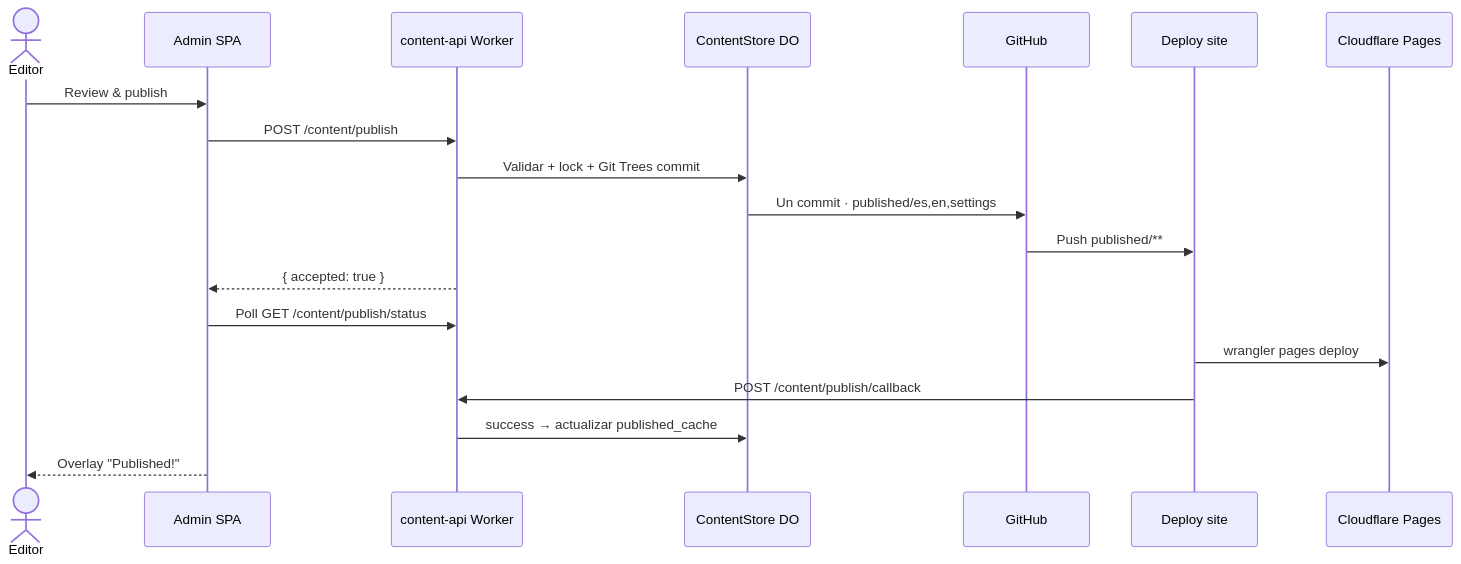
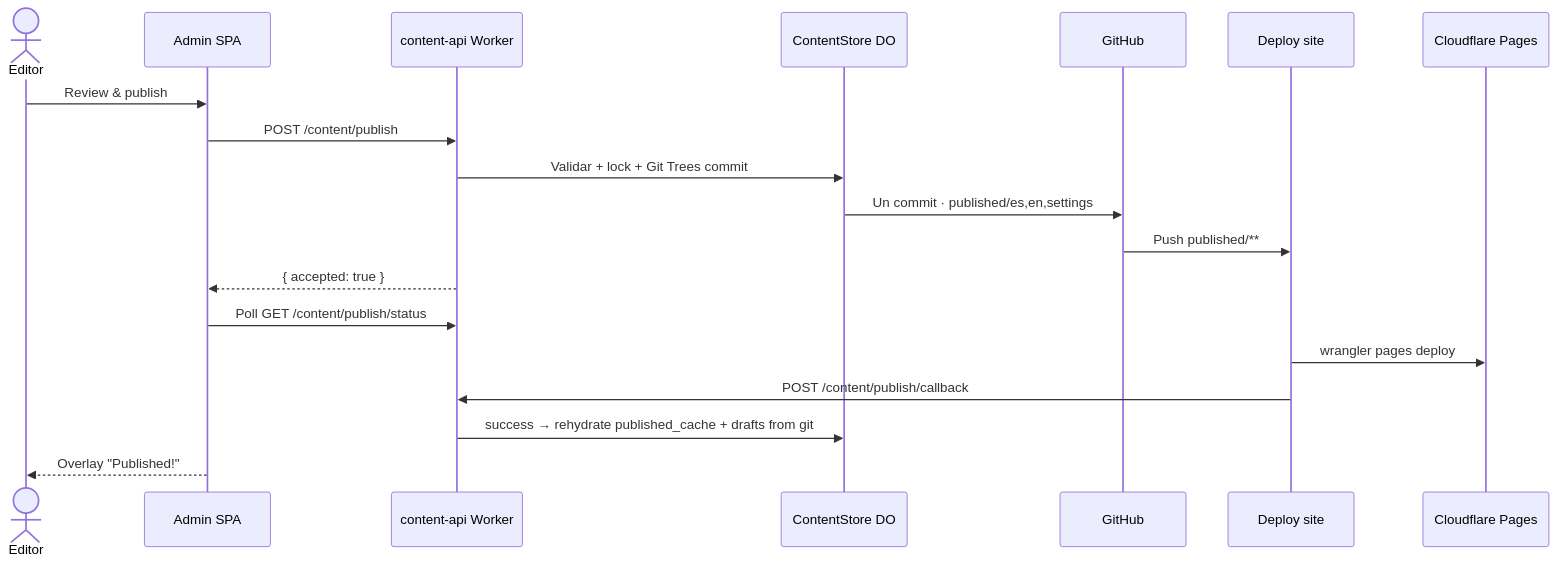
One commit to Bonae-Tech/bonae-tech changed the fourth of 5 diagrams in docs/architecture.md. Above: the diagram before and after it, drawn with Mermaid. The commit also changed other lines of this file and 11 other files, not shown here.

````diff
--- a/docs/architecture.md
+++ b/docs/architecture.md
@@ -273,23 +275,23 @@
 ```mermaid
 sequenceDiagram
     actor Editor
     participant SPA as Admin SPA
     participant Worker as content-api Worker
     participant DO as ContentStore DO
     participant GH as GitHub
     participant Actions as Deploy site
     participant CF as Cloudflare Pages
 
     Editor->>SPA: Review & publish
     SPA->>Worker: POST /content/publish
     Worker->>DO: Validar + lock + Git Trees commit
     DO->>GH: Un commit · published/es,en,settings
     GH->>Actions: Push published/**
     Worker-->>SPA: { accepted: true }
     SPA->>Worker: Poll GET /content/publish/status
 
     Actions->>CF: wrangler pages deploy
     Actions->>Worker: POST /content/publish/callback
-    Worker->>DO: success → actualizar published_cache
+    Worker->>DO: success → rehydrate published_cache + drafts from git
     SPA-->>Editor: Overlay "Published!"
 ```
````
